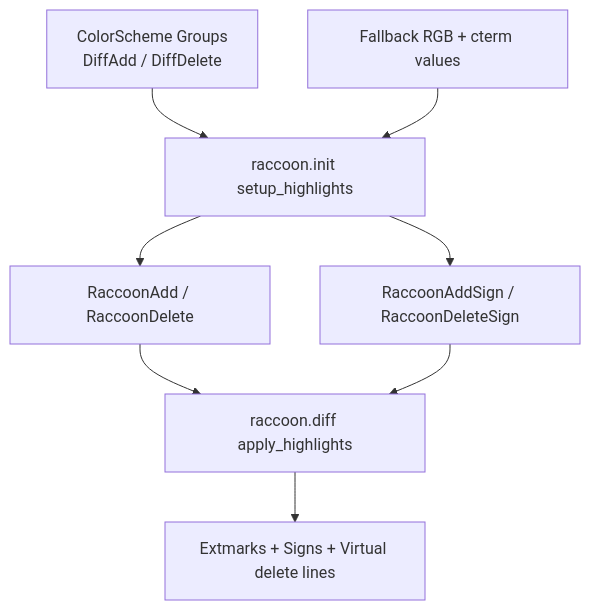
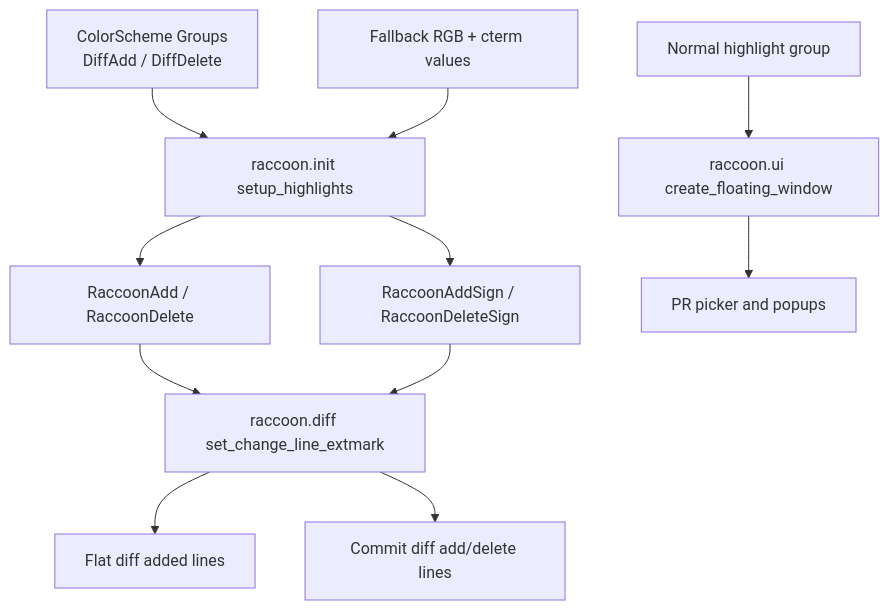
The diagram in ARCHITECTURE_DIFF.md (bajor/nvim-raccoon), drawn with Mermaid before and after one commit. The commit also changed other lines of this file and 9 other files, not shown here.

````diff
--- a/ARCHITECTURE_DIFF.md
+++ b/ARCHITECTURE_DIFF.md
@@ -7,10 +7,13 @@
 ```mermaid
 flowchart TD
     A[ColorScheme Groups\nDiffAdd / DiffDelete] --> B[raccoon.init setup_highlights]
     D[Fallback RGB + cterm values] --> B
     B --> C[RaccoonAdd / RaccoonDelete]
     B --> E[RaccoonAddSign / RaccoonDeleteSign]
-    C --> F[raccoon.diff apply_highlights]
+    C --> F[raccoon.diff set_change_line_extmark]
     E --> F
-    F --> G[Extmarks + Signs + Virtual delete lines]
+    F --> G[Flat diff added lines]
+    F --> H[Commit diff add/delete lines]
+    I[Normal highlight group] --> J[raccoon.ui create_floating_window]
+    J --> K[PR picker and popups]
 ```
````
